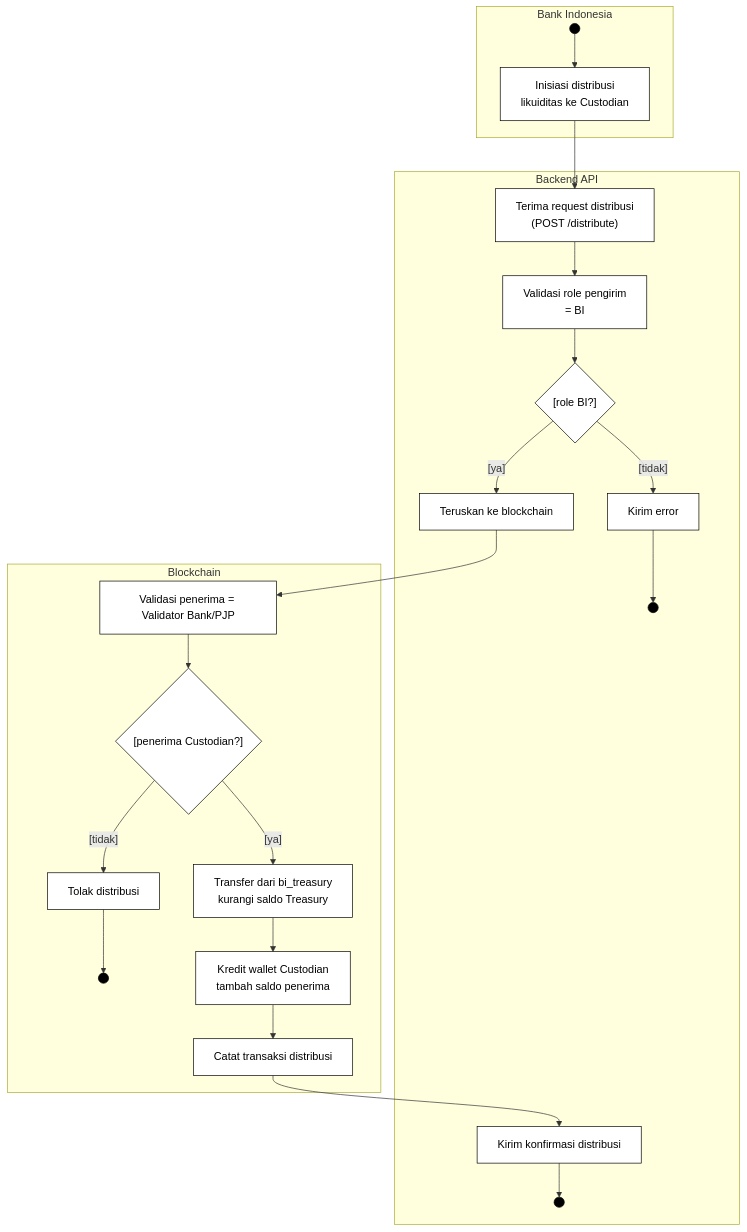
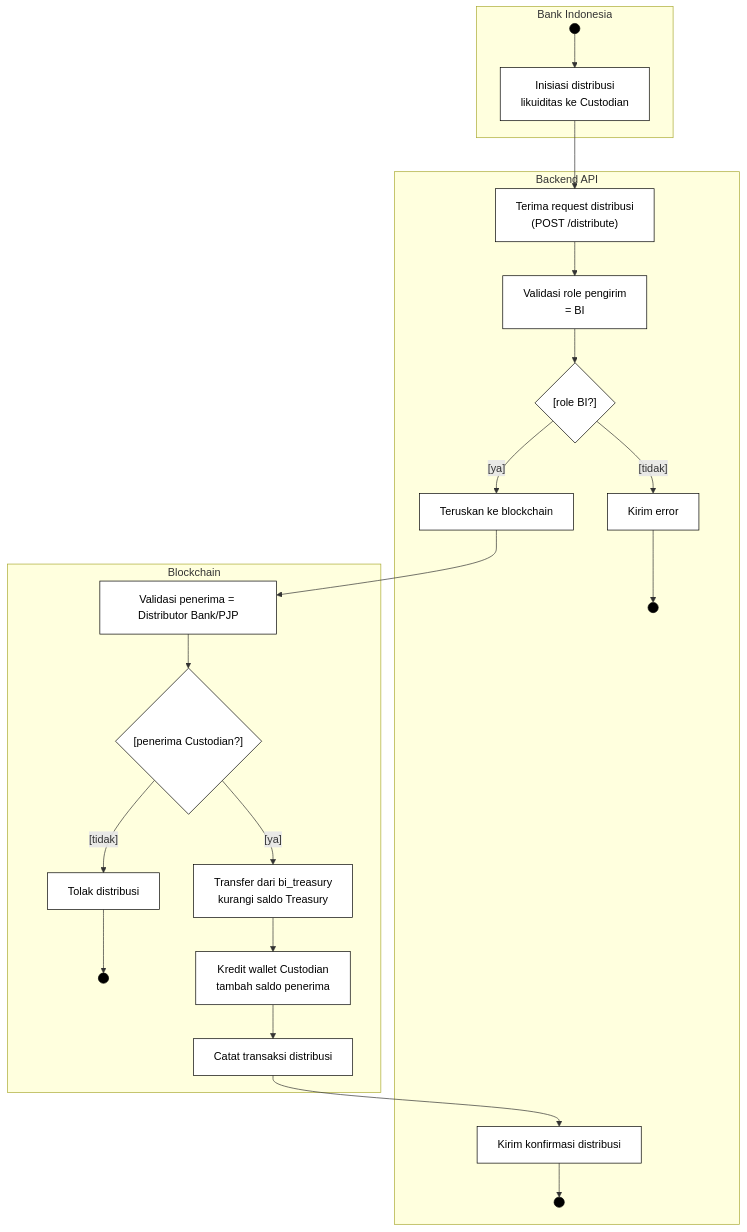
One commit to mfachrizalg/bi-coin changed the third of 7 diagrams in bi-coin-fabric/docs/diagrams/mermaid/activity-diagrams.md. Above: the diagram before and after it, drawn with Mermaid. The commit also changed 19 other files, not shown here.

First line of the commit message:
docs: restate five-organization terms as four-organization; banks are Distributor Bank

````diff
--- a/bi-coin-fabric/docs/diagrams/mermaid/activity-diagrams.md
+++ b/bi-coin-fabric/docs/diagrams/mermaid/activity-diagrams.md
@@ -109,49 +109,49 @@
 ```mermaid
 flowchart TD
   classDef startend fill:#000,stroke:#000,color:#fff
   classDef action fill:#fff,stroke:#000,color:#000
   classDef decision fill:#fff,stroke:#000,color:#000
 
   subgraph lane_a [Bank Indonesia]
     S3((" ")):::startend
     C1["Inisiasi distribusi<br>likuiditas ke Custodian"]:::action
   end
 
   subgraph lane_b [Backend API]
     C2["Terima request distribusi<br>(POST /distribute)"]:::action
     C3["Validasi role pengirim<br>= BI"]:::action
     D4{"[role BI?]"}:::decision
     C4["Kirim error"]:::action
     E3a((" ")):::startend
     C5["Teruskan ke blockchain"]:::action
     C6["Kirim konfirmasi distribusi"]:::action
     E3b((" ")):::startend
   end
 
   subgraph lane_c [Blockchain]
-    C7["Validasi penerima = Validator Bank/PJP"]:::action
+    C7["Validasi penerima = Distributor Bank/PJP"]:::action
     D5{"[penerima Custodian?]"}:::decision
     C8["Tolak distribusi"]:::action
     E3c((" ")):::startend
     C9["Transfer dari bi_treasury<br>kurangi saldo Treasury"]:::action
     C10["Kredit wallet Custodian<br>tambah saldo penerima"]:::action
     C11["Catat transaksi distribusi"]:::action
   end
 
   S3 --> C1
   C1 --> C2
   C2 --> C3
   C3 --> D4
   D4 -->|"[tidak]"| C4
   C4 --> E3a
   D4 -->|"[ya]"| C5
   C5 --> C7
   C7 --> D5
   D5 -->|"[tidak]"| C8
   C8 --> E3c
   D5 -->|"[ya]"| C9
   C9 --> C10
   C10 --> C11
   C11 --> C6
   C6 --> E3b
 ```
````
